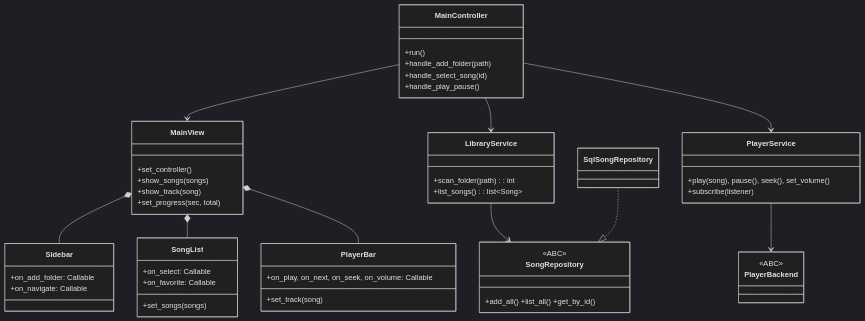
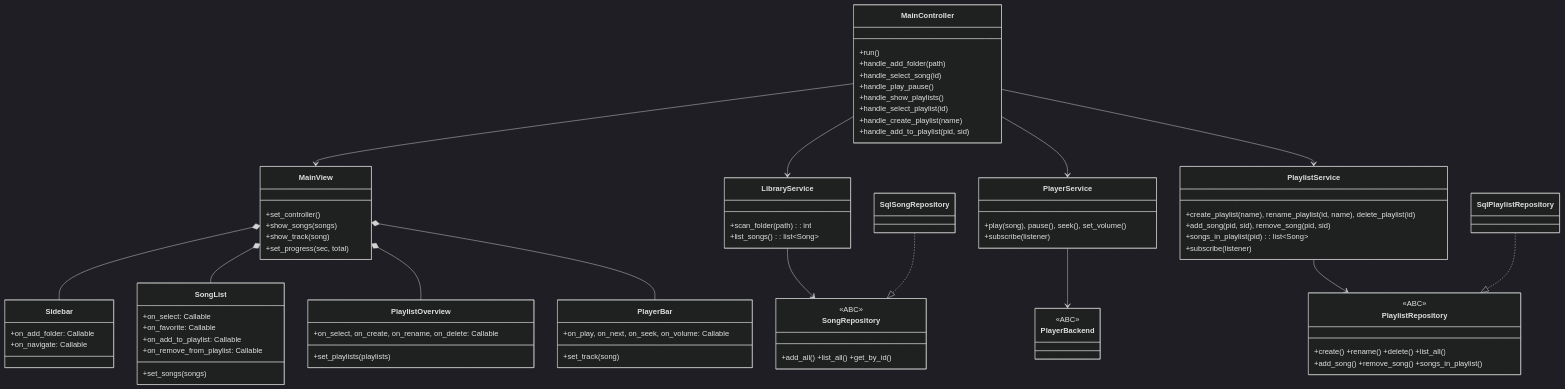
The diagram in docs/architecture.md (bal16/Wave-MusicPlayer), drawn with Mermaid (dark theme) before and after one commit. The commit also changed other lines of this file and 3 other files, not shown here.

Commit message:
docs: sync schema, arch tree, diagram and guide with fase 3

````diff
--- a/docs/architecture.md
+++ b/docs/architecture.md
@@ -76,55 +81,82 @@
 ```mermaid
 classDiagram
   class MainView {
     +set_controller()
     +show_songs(songs)
     +show_track(song)
     +set_progress(sec, total)
   }
   class Sidebar {
     +on_add_folder: Callable
     +on_navigate: Callable
   }
   class SongList {
     +set_songs(songs)
     +on_select: Callable
     +on_favorite: Callable
+    +on_add_to_playlist: Callable
+    +on_remove_from_playlist: Callable
+  }
+  class PlaylistOverview {
+    +set_playlists(playlists)
+    +on_select, on_create, on_rename, on_delete: Callable
   }
   class PlayerBar {
     +set_track(song)
     +on_play, on_next, on_seek, on_volume: Callable
   }
   class MainController {
     +run()
     +handle_add_folder(path)
     +handle_select_song(id)
     +handle_play_pause()
+    +handle_show_playlists()
+    +handle_select_playlist(id)
+    +handle_create_playlist(name)
+    +handle_add_to_playlist(pid, sid)
   }
   class LibraryService {
     +scan_folder(path) : int
     +list_songs() : list~Song~
+  }
+  class PlaylistService {
+    +create_playlist(name), rename_playlist(id, name), delete_playlist(id)
+    +add_song(pid, sid), remove_song(pid, sid)
+    +songs_in_playlist(pid) : list~Song~
+    +subscribe(listener)
+  }
+  class PlaylistRepository {
+    <<ABC>>
+    +create() +rename() +delete() +list_all()
+    +add_song() +remove_song() +songs_in_playlist()
+  }
+  class SqlPlaylistRepository {
   }
   class PlayerService {
     +play(song), pause(), seek(), set_volume()
     +subscribe(listener)
   }
   class SongRepository {
     <<ABC>>
     +add_all() +list_all() +get_by_id()
   }
   class SqlSongRepository {
   }
   class PlayerBackend {
     <<ABC>>
   }
 
   MainView *-- Sidebar
   MainView *-- SongList
+  MainView *-- PlaylistOverview
   MainView *-- PlayerBar
   MainController --> MainView
   MainController --> LibraryService
   MainController --> PlayerService
+  MainController --> PlaylistService
   LibraryService --> SongRepository
   SqlSongRepository ..|> SongRepository
+  PlaylistService --> PlaylistRepository
+  SqlPlaylistRepository ..|> PlaylistRepository
   PlayerService --> PlayerBackend
 ```
````
